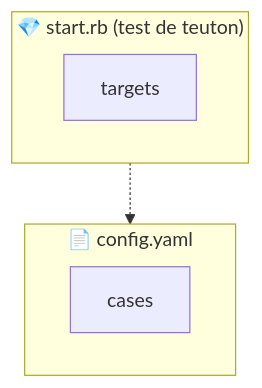
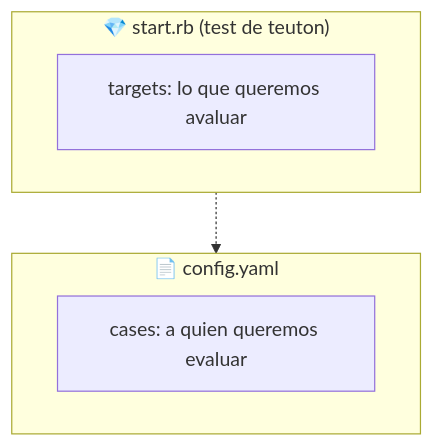
The diagram in teuton/nginx/docs/index.md (dvarrui/charlas), drawn with Mermaid before and after one commit.

````diff
--- a/teuton/nginx/docs/index.md
+++ b/teuton/nginx/docs/index.md
@@ -115,13 +115,13 @@
 ```mermaid
 graph TD
     subgraph Archivo1 ["📄 config.yaml"]
-        C["cases"]
+        C["cases: a quien queremos evaluar"]
     end
 
     subgraph Archivo2 ["💎 start.rb (test de teuton)"]
-        T["targets"]
+        T["targets: lo que queremos avaluar"]
     end
 
     %% Relación opcional: el test suele leer la configuración
     Archivo2 -.-> Archivo1
 ```
````
